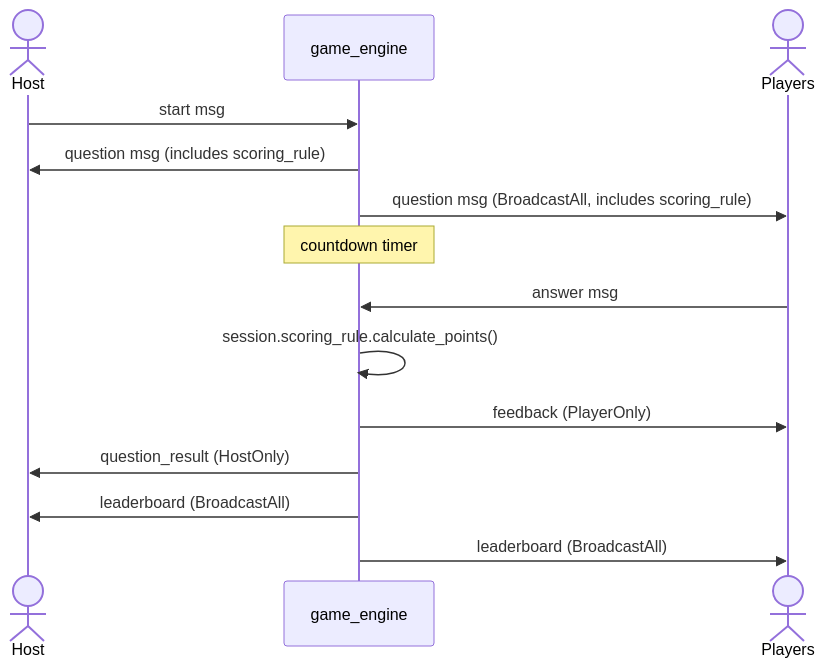
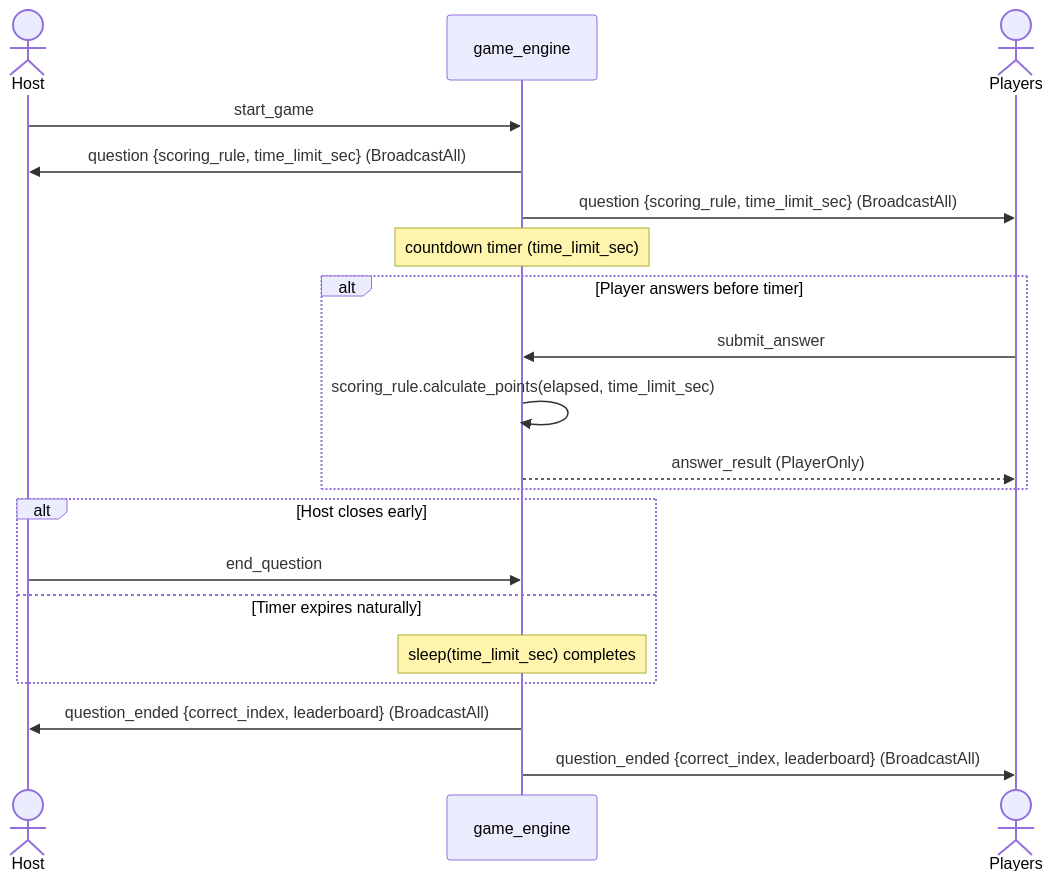
Before and after one commit to campeis/quiz-game: the diagram in docs/diagrams/flow-question.mmd, drawn with Mermaid. The commit also changed 6 other files, not shown here.

First line of the commit message:
docs: update architecture and diagrams for 010-question-time-limit

```diff
--- a/docs/diagrams/flow-question.mmd
+++ b/docs/diagrams/flow-question.mmd
@@ -1,15 +1,25 @@
 sequenceDiagram
     actor H as Host
     participant GE as game_engine
     actor PL as Players
 
-    H->>GE: start msg
-    GE->>H: question msg (includes scoring_rule)
-    GE->>PL: question msg (BroadcastAll, includes scoring_rule)
-    Note over GE: countdown timer
-    PL->>GE: answer msg
-    GE->>GE: session.scoring_rule.calculate_points()
-    GE->>PL: feedback (PlayerOnly)
-    GE->>H: question_result (HostOnly)
-    GE->>H: leaderboard (BroadcastAll)
-    GE->>PL: leaderboard (BroadcastAll)
+    H->>GE: start_game
+    GE->>H: question {scoring_rule, time_limit_sec} (BroadcastAll)
+    GE->>PL: question {scoring_rule, time_limit_sec} (BroadcastAll)
+
+    Note over GE: countdown timer (time_limit_sec)
+
+    alt Player answers before timer
+        PL->>GE: submit_answer
+        GE->>GE: scoring_rule.calculate_points(elapsed, time_limit_sec)
+        GE-->>PL: answer_result (PlayerOnly)
+    end
+
+    alt Host closes early
+        H->>GE: end_question
+    else Timer expires naturally
+        Note over GE: sleep(time_limit_sec) completes
+    end
+
+    GE->>H: question_ended {correct_index, leaderboard} (BroadcastAll)
+    GE->>PL: question_ended {correct_index, leaderboard} (BroadcastAll)
```
